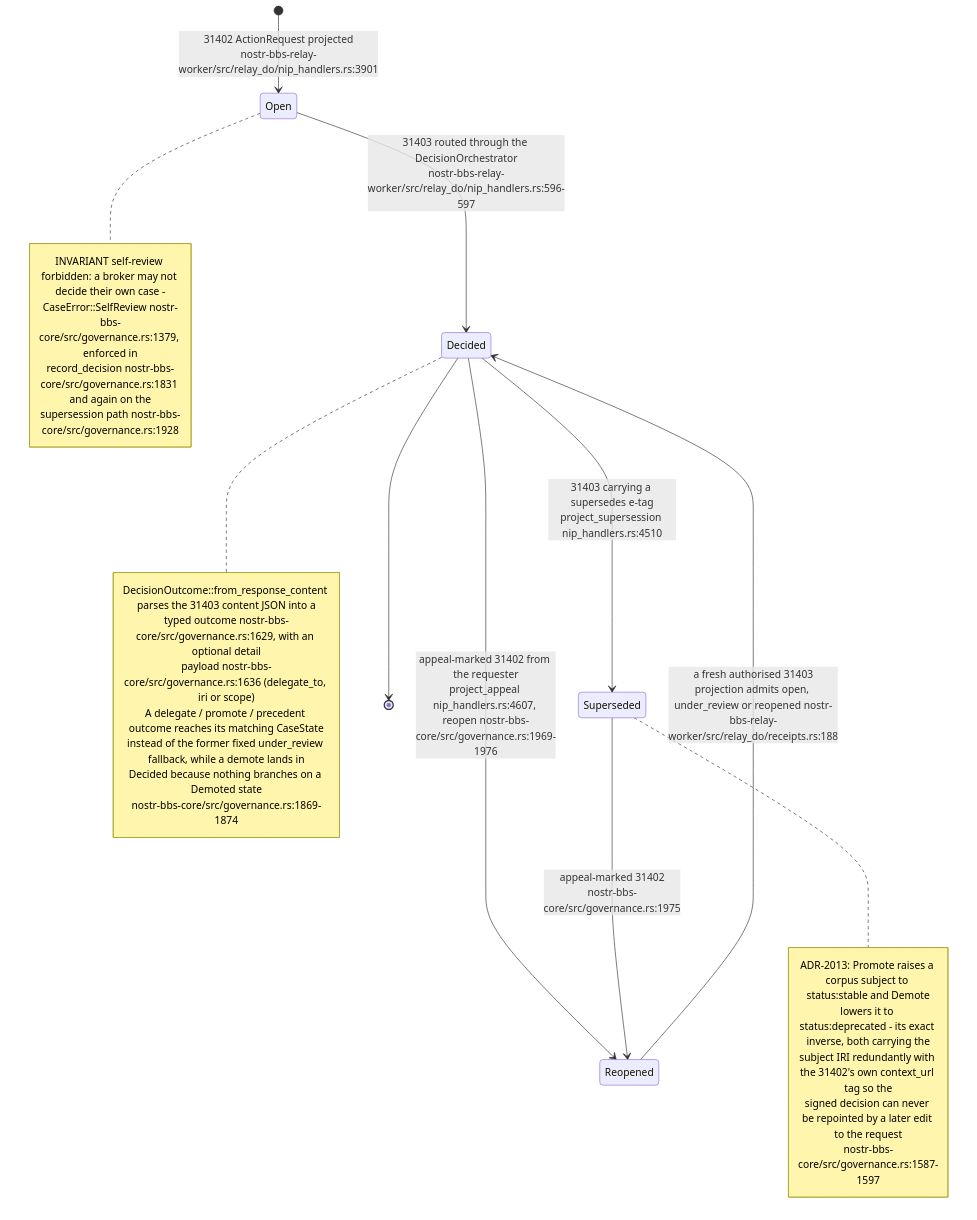
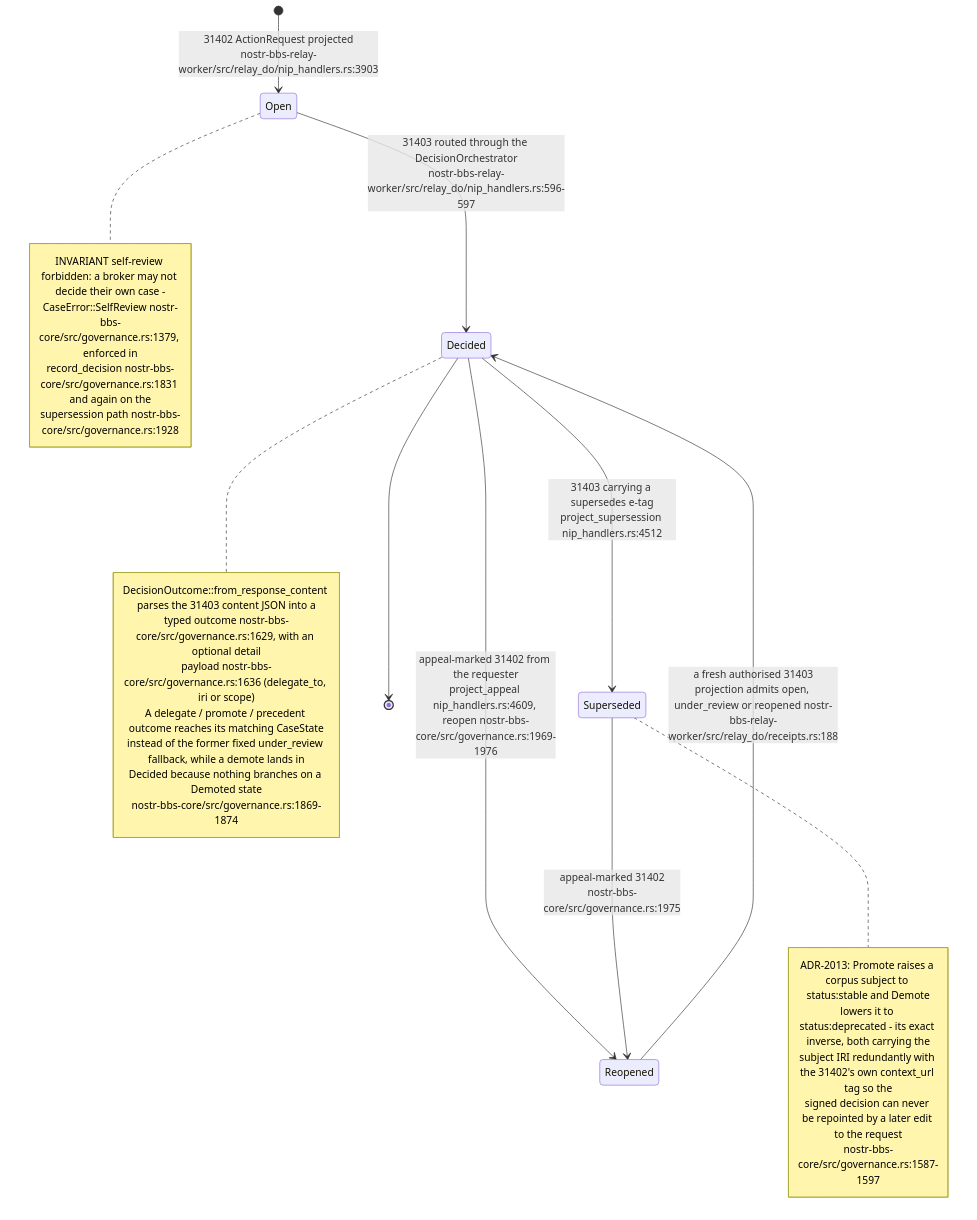
Before and after one commit to DreamLab-AI/VisionFlow: the fifth of 18 diagrams in docs/diagrams/nostr-rust-forum/06-agent-control-surface-31400-31405.md, drawn with Mermaid. The commit also changed other lines of this file and 11 other files, not shown here.

````diff
--- a/docs/diagrams/nostr-rust-forum/06-agent-control-surface-31400-31405.md
+++ b/docs/diagrams/nostr-rust-forum/06-agent-control-surface-31400-31405.md
@@ -143,33 +143,33 @@
 ```mermaid
 stateDiagram-v2
-    [*] --> Open: 31402 ActionRequest projected<br/>nostr-bbs-relay-worker/src/relay_do/nip_handlers.rs:3901
+    [*] --> Open: 31402 ActionRequest projected<br/>nostr-bbs-relay-worker/src/relay_do/nip_handlers.rs:3903
     Open --> Decided: 31403 routed through the DecisionOrchestrator<br/>nostr-bbs-relay-worker/src/relay_do/nip_handlers.rs:596-597
-    Decided --> Superseded: 31403 carrying a supersedes e-tag<br/>project_supersession nip_handlers.rs:4510
-    Decided --> Reopened: appeal-marked 31402 from the requester<br/>project_appeal nip_handlers.rs:4607, reopen nostr-bbs-core/src/governance.rs:1969-1976
+    Decided --> Superseded: 31403 carrying a supersedes e-tag<br/>project_supersession nip_handlers.rs:4512
+    Decided --> Reopened: appeal-marked 31402 from the requester<br/>project_appeal nip_handlers.rs:4609, reopen nostr-bbs-core/src/governance.rs:1969-1976
     Superseded --> Reopened: appeal-marked 31402<br/>nostr-bbs-core/src/governance.rs:1975
     Reopened --> Decided: a fresh authorised 31403<br/>projection admits open, under_review or reopened nostr-bbs-relay-worker/src/relay_do/receipts.rs:188
     Decided --> [*]
 
     note right of Decided
         DecisionOutcome::from_response_content parses the 31403 content JSON into a
         typed outcome nostr-bbs-core/src/governance.rs:1629, with an optional detail
         payload nostr-bbs-core/src/governance.rs:1636 (delegate_to, iri or scope)
         A delegate / promote / precedent outcome reaches its matching CaseState
         instead of the former fixed under_review fallback, while a demote lands in
         Decided because nothing branches on a Demoted state
         nostr-bbs-core/src/governance.rs:1869-1874
     end note
     note right of Open
         INVARIANT self-review forbidden: a broker may not decide their own case -
         CaseError::SelfReview nostr-bbs-core/src/governance.rs:1379, enforced in
         record_decision nostr-bbs-core/src/governance.rs:1831 and again on the
         supersession path nostr-bbs-core/src/governance.rs:1928
     end note
     note right of Superseded
         ADR-2013: Promote raises a corpus subject to status:stable and Demote
         lowers it to status:deprecated - its exact inverse, both carrying the
         subject IRI redundantly with the 31402's own context_url tag so the
         signed decision can never be repointed by a later edit to the request
         nostr-bbs-core/src/governance.rs:1587-1597
     end note
 ```
````
